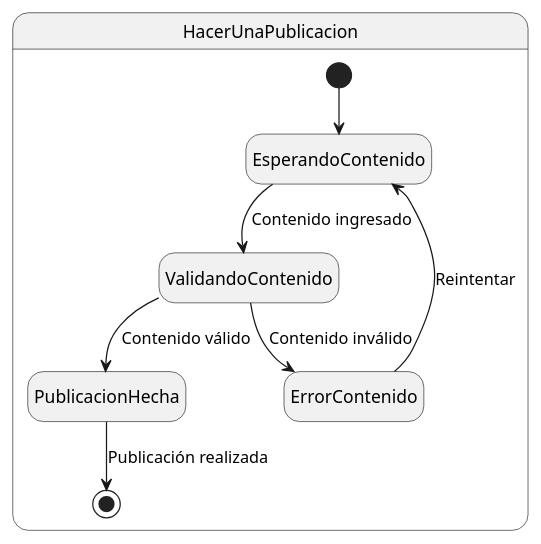
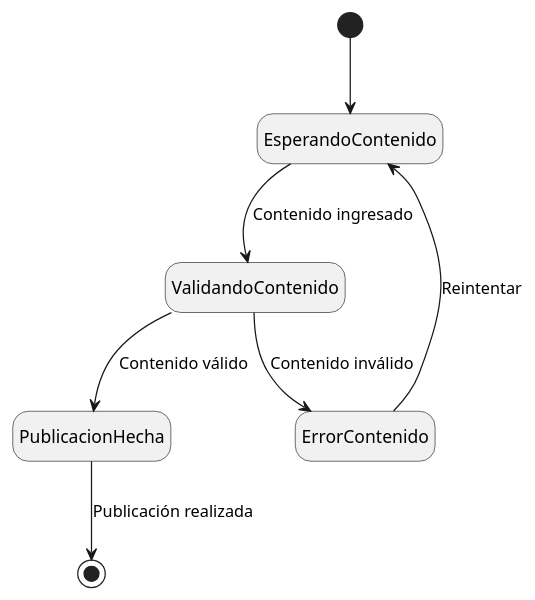
Before and after one commit to Andreinalcm/Proyecto_de_inge_grupo4: the diagram in docs/scenariosView/DisciplinaDeRequisitos/diagramaDeEstadoHacerUnaPublicacion.plantuml, drawn with PlantUML. The commit also changed 19 other files, not shown here.

Commit message:
Modificación al diagrama de estados de relación de casos de usos en disciplina de requisitos

```diff
--- a/docs/scenariosView/DisciplinaDeRequisitos/diagramaDeEstadoHacerUnaPublicacion.plantuml
+++ b/docs/scenariosView/DisciplinaDeRequisitos/diagramaDeEstadoHacerUnaPublicacion.plantuml
@@ -1,14 +1,12 @@
-@startuml Hacer una publicacion uc7
+@startuml Hacer una publicacion UC7
 
 hide empty description
 
-state HacerUnaPublicacion{
-    [*] --> EsperandoContenido
-    EsperandoContenido --> ValidandoContenido : Contenido ingresado
-    ValidandoContenido --> PublicacionHecha : Contenido válido
-    ValidandoContenido --> ErrorContenido : Contenido inválido
-    ErrorContenido --> EsperandoContenido : Reintentar
-    PublicacionHecha --> [*] : Publicación realizada
-}
+[*] --> EsperandoContenido
+EsperandoContenido --> ValidandoContenido : Contenido ingresado
+ValidandoContenido --> PublicacionHecha : Contenido válido
+ValidandoContenido --> ErrorContenido : Contenido inválido
+ErrorContenido --> EsperandoContenido : Reintentar
+PublicacionHecha --> [*] : Publicación realizada
 
 @enduml
```
